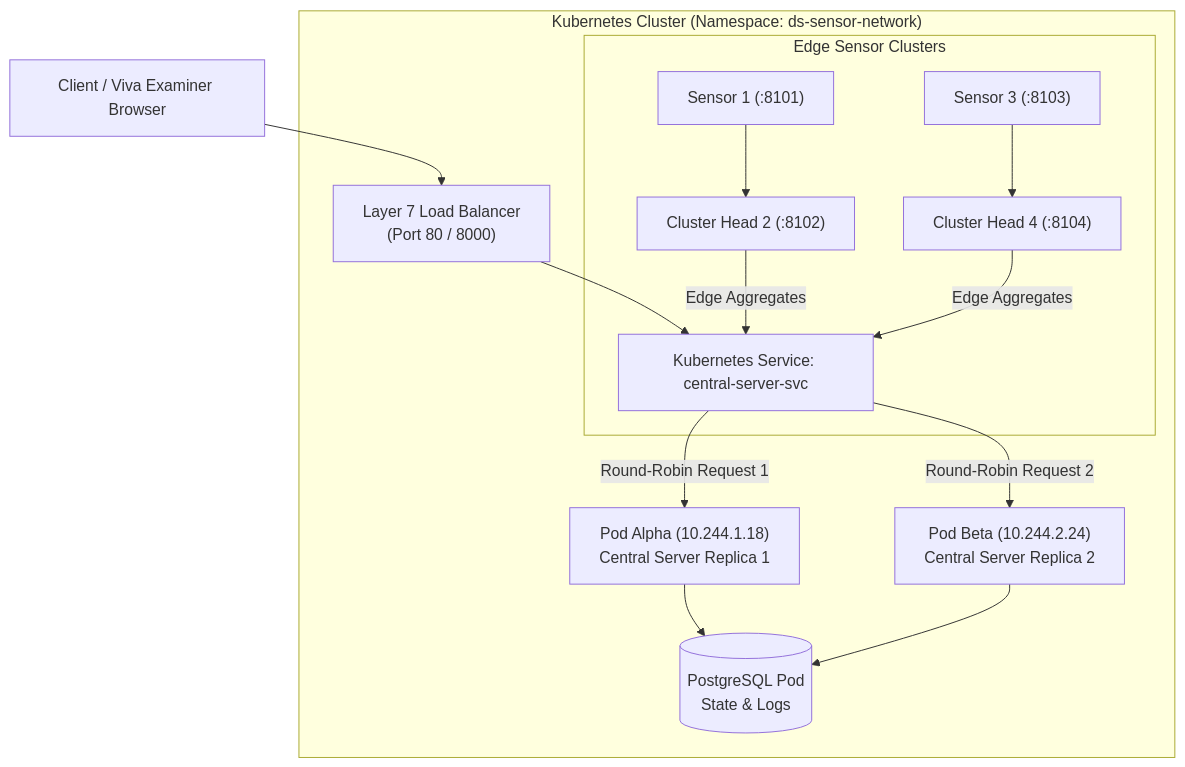
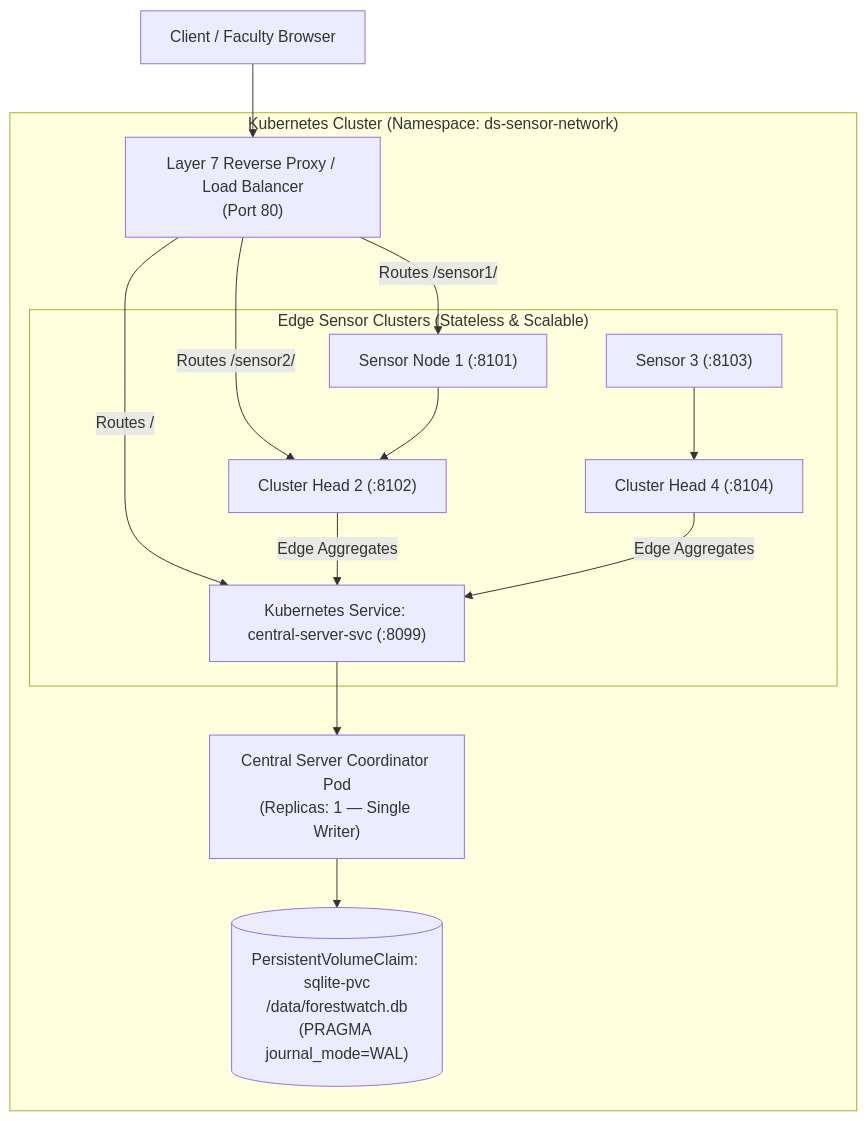
Before and after one commit to combox1234/Forest-watch: the diagram in KUBERNETES_LOAD_BALANCER_GUIDE.md, drawn with Mermaid. The commit also changed other lines of this file and 44 other files, not shown here.

First line of the commit message:
feat(devops): Implement SQLite WAL persistence, Grafana Alloy observability, and AWS Continuous Delivery

````diff
--- a/KUBERNETES_LOAD_BALANCER_GUIDE.md
+++ b/KUBERNETES_LOAD_BALANCER_GUIDE.md
@@ -21,21 +20,20 @@
 ```mermaid
 flowchart TD
-    Client["Client / Viva Examiner Browser"] --> LB["Layer 7 Load Balancer<br>(Port 80 / 8000)"]
+    Client["Client / Faculty Browser"] --> LB["Layer 7 Reverse Proxy / Load Balancer<br>(Port 80)"]
     
     subgraph K8s["Kubernetes Cluster (Namespace: ds-sensor-network)"]
-        LB --> SVC["Kubernetes Service: central-server-svc"]
+        LB -->|Routes /| SVC["Kubernetes Service: central-server-svc (:8099)"]
+        LB -->|Routes /sensor1/| S1["Sensor Node 1 (:8101)"]
+        LB -->|Routes /sensor2/| S2["Sensor Node 2 (:8102)"]
         
-        SVC -->|Round-Robin Request 1| Pod1["Pod Alpha (10.244.1.18)<br>Central Server Replica 1"]
-        SVC -->|Round-Robin Request 2| Pod2["Pod Beta (10.244.2.24)<br>Central Server Replica 2"]
+        SVC --> PodCentral["Central Server Coordinator Pod<br>(Replicas: 1 — Single Writer)"]
+        PodCentral --> DB[("PersistentVolumeClaim: sqlite-pvc<br>/data/forestwatch.db<br>(PRAGMA journal_mode=WAL)")]
         
-        Pod1 --> DB[("PostgreSQL Pod<br>State & Logs")]
-        Pod2 --> DB
-        
-        subgraph EdgeClusters["Edge Sensor Clusters"]
-            S1["Sensor 1 (:8101)"] --> S2["Cluster Head 2 (:8102)"]
+        subgraph EdgeClusters["Edge Sensor Clusters (Stateless & Scalable)"]
+            S1 --> S2["Cluster Head 2 (:8102)"]
             S3["Sensor 3 (:8103)"] --> S4["Cluster Head 4 (:8104)"]
             S2 -->|Edge Aggregates| SVC
             S4 -->|Edge Aggregates| SVC
         end
     end
 ```
````
